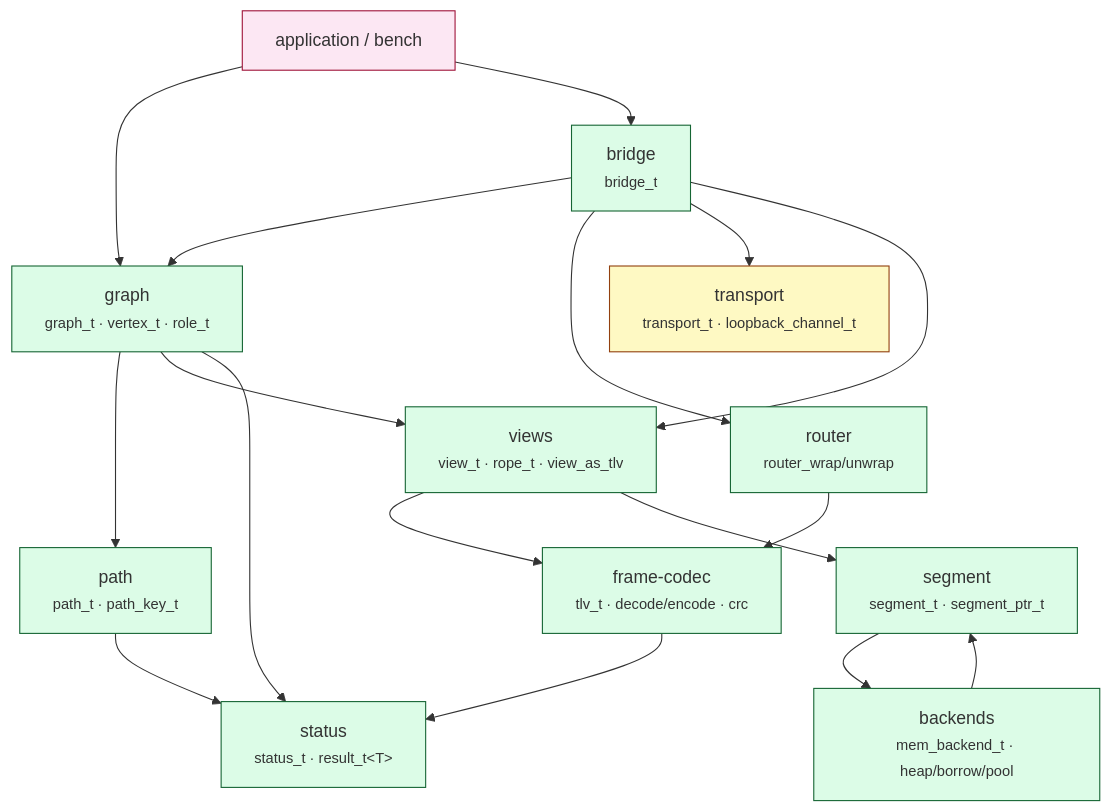
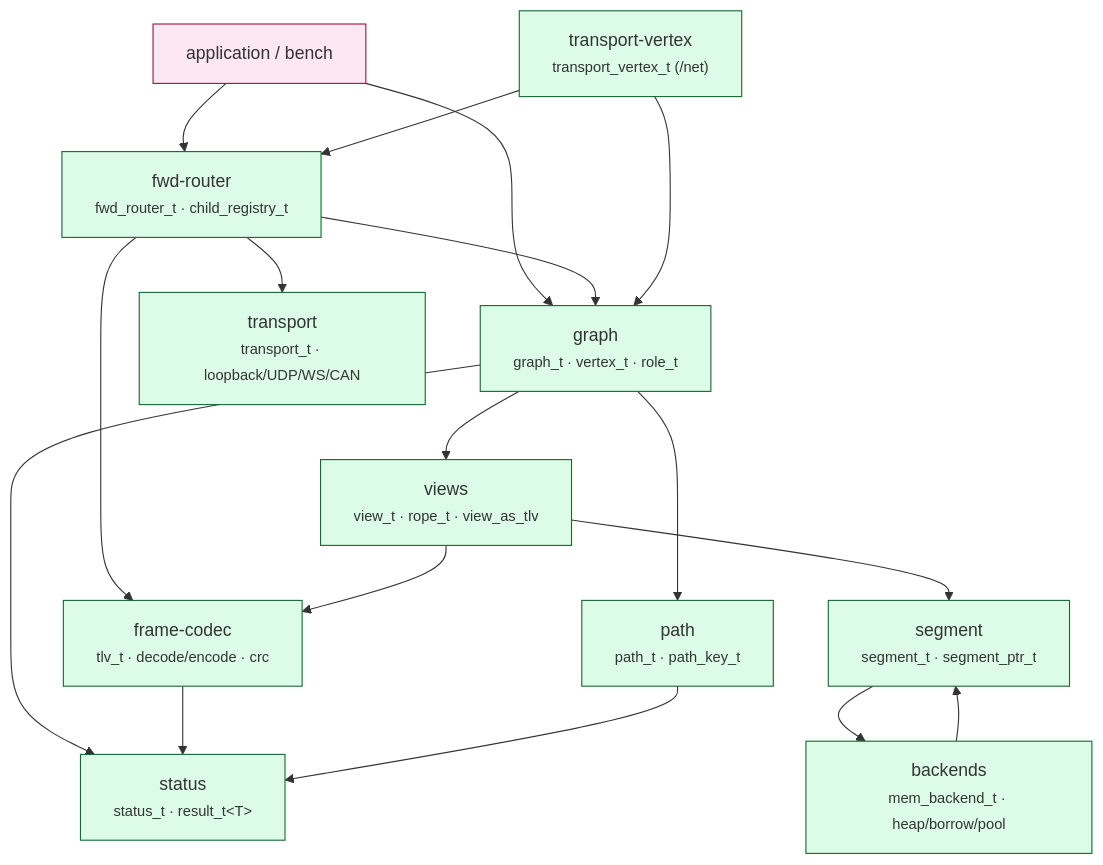
The first of 2 diagrams in docs/modules/interface-map.md (avatarsd-llc/libtracer), drawn with Mermaid before and after one commit. The commit also changed other lines of this file and 6 other files, not shown here.

First line of the commit message:
docs: remove the retired bridge/router module pages from published Pages (ADR-0040)

````diff
--- a/docs/modules/interface-map.md
+++ b/docs/modules/interface-map.md
@@ -10,37 +10,35 @@
 ```{mermaid}
 flowchart TD
     APP["application / bench"]:::app
     GRAPH["graph<br/><small>graph_t · vertex_t · role_t</small>"]
     PATH["path<br/><small>path_t · path_key_t</small>"]
-    BRIDGE["bridge<br/><small>bridge_t</small>"]
-    ROUTER["router<br/><small>router_wrap/unwrap</small>"]
-    TRANSPORT["transport<br/><small>transport_t · loopback_channel_t</small>"]
+    FWD["fwd-router<br/><small>fwd_router_t · child_registry_t</small>"]
+    TVERT["transport-vertex<br/><small>transport_vertex_t (/net)</small>"]
+    TRANSPORT["transport<br/><small>transport_t · loopback/UDP/WS/CAN</small>"]
     FRAME["frame-codec<br/><small>tlv_t · decode/encode · crc</small>"]
     VIEWS["views<br/><small>view_t · rope_t · view_as_tlv</small>"]
     SEG["segment<br/><small>segment_t · segment_ptr_t</small>"]
     BACK["backends<br/><small>mem_backend_t · heap/borrow/pool</small>"]
     STATUS["status<br/><small>status_t · result_t&lt;T&gt;</small>"]
 
     APP --> GRAPH
-    APP --> BRIDGE
+    APP --> FWD
     GRAPH --> PATH
     GRAPH --> VIEWS
     GRAPH --> STATUS
-    BRIDGE --> GRAPH
-    BRIDGE --> ROUTER
-    BRIDGE --> TRANSPORT
-    BRIDGE --> VIEWS
-    ROUTER --> FRAME
+    FWD --> GRAPH
+    FWD --> FRAME
+    FWD --> TRANSPORT
+    TVERT --> FWD
+    TVERT --> GRAPH
     VIEWS --> FRAME
     VIEWS --> SEG
     FRAME --> STATUS
     SEG --> BACK
     BACK --> SEG
     PATH --> STATUS
 
     classDef app fill:#fce7f3,stroke:#9f1239;
     classDef done fill:#dcfce7,stroke:#166534;
-    classDef next fill:#fef9c3,stroke:#92400e;
-    class GRAPH,PATH,BRIDGE,ROUTER,FRAME,VIEWS,SEG,BACK,STATUS done;
-    class TRANSPORT next;
+    class GRAPH,PATH,FWD,TVERT,TRANSPORT,FRAME,VIEWS,SEG,BACK,STATUS done;
 ```
````
